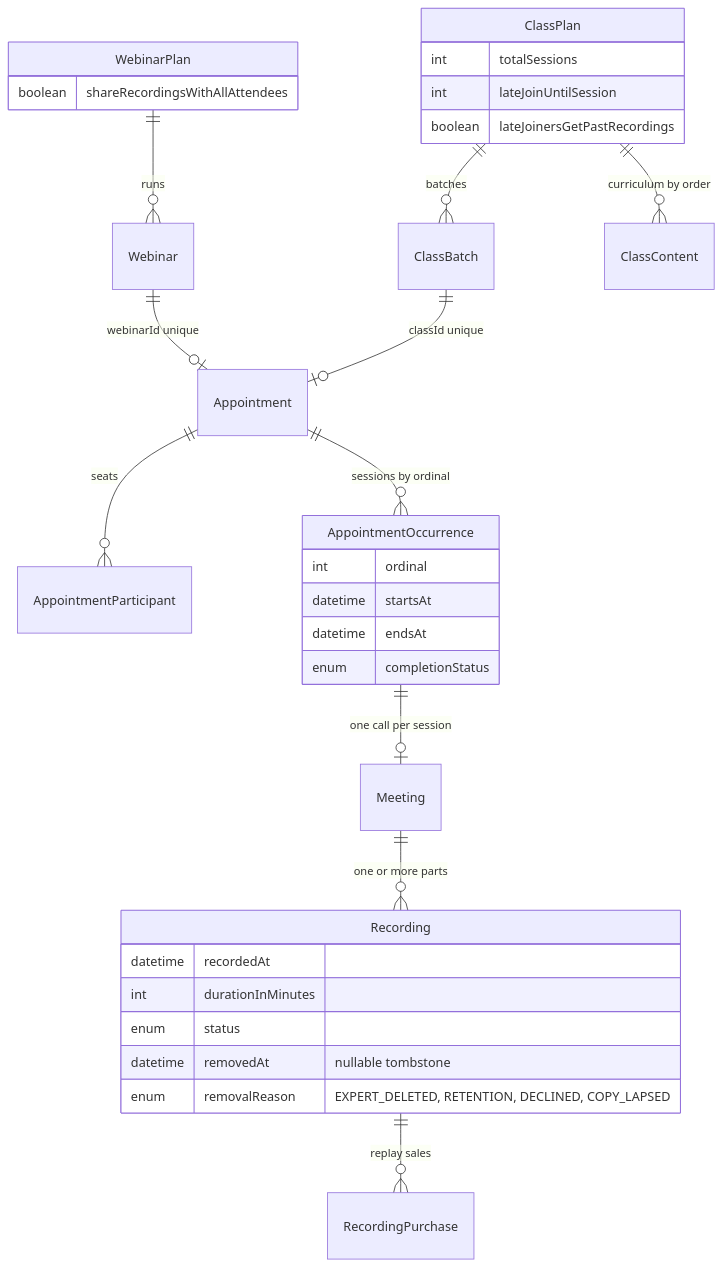
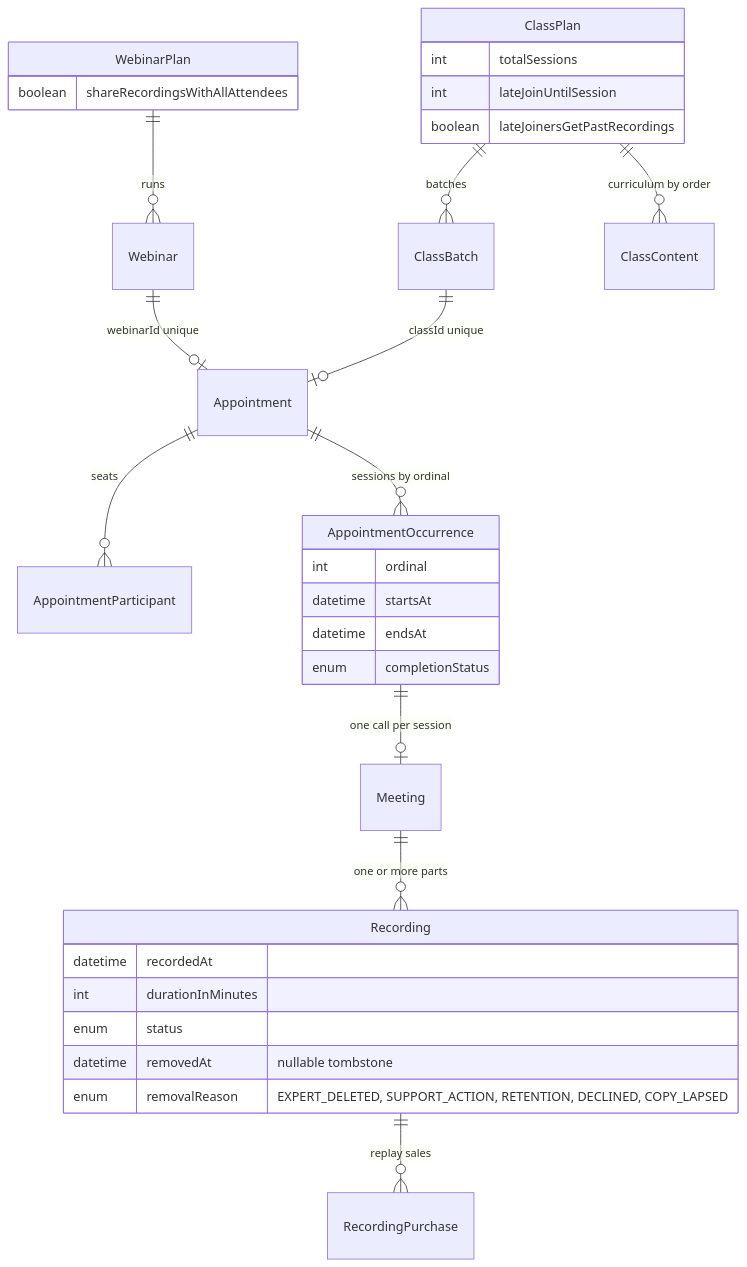
One commit to Practitionist/familiarise_web changed the third of 5 diagrams in docs/stream/19-recordings-lifecycle-and-access.md. Above: the diagram before and after it, drawn with Mermaid. The commit also changed other lines of this file and 3 other files, not shown here.

Commit message:
docs(documents,recordings): batched slot rule, SUPPORT_ACTION removal, ops log, page-1 seeding, performance

````diff
--- a/docs/stream/19-recordings-lifecycle-and-access.md
+++ b/docs/stream/19-recordings-lifecycle-and-access.md
@@ -103,35 +106,35 @@
 ```mermaid
 erDiagram
   %% ClassBatch is the Prisma `Class` model; "Class" is a reserved word in Mermaid ER diagrams
   WebinarPlan ||--o{ Webinar : "runs"
   ClassPlan ||--o{ ClassBatch : "batches"
   ClassPlan ||--o{ ClassContent : "curriculum by order"
   Webinar ||--o| Appointment : "webinarId unique"
   ClassBatch ||--o| Appointment : "classId unique"
   Appointment ||--o{ AppointmentParticipant : "seats"
   Appointment ||--o{ AppointmentOccurrence : "sessions by ordinal"
   AppointmentOccurrence ||--o| Meeting : "one call per session"
   Meeting ||--o{ Recording : "one or more parts"
   Recording ||--o{ RecordingPurchase : "replay sales"
   WebinarPlan {
     boolean shareRecordingsWithAllAttendees
   }
   ClassPlan {
     int totalSessions
     int lateJoinUntilSession
     boolean lateJoinersGetPastRecordings
   }
   AppointmentOccurrence {
     int ordinal
     datetime startsAt
     datetime endsAt
     enum completionStatus
   }
   Recording {
     datetime recordedAt
     int durationInMinutes
     enum status
     datetime removedAt "nullable tombstone"
-    enum removalReason "EXPERT_DELETED, RETENTION, DECLINED, COPY_LAPSED"
+    enum removalReason "EXPERT_DELETED, SUPPORT_ACTION, RETENTION, DECLINED, COPY_LAPSED"
   }
 ```
````
